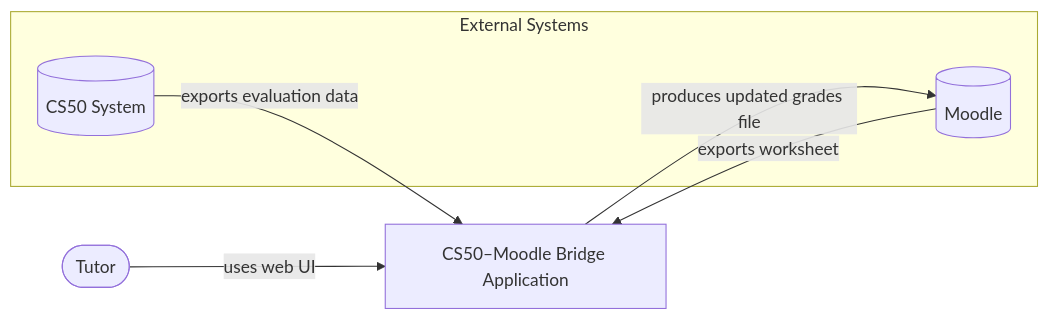
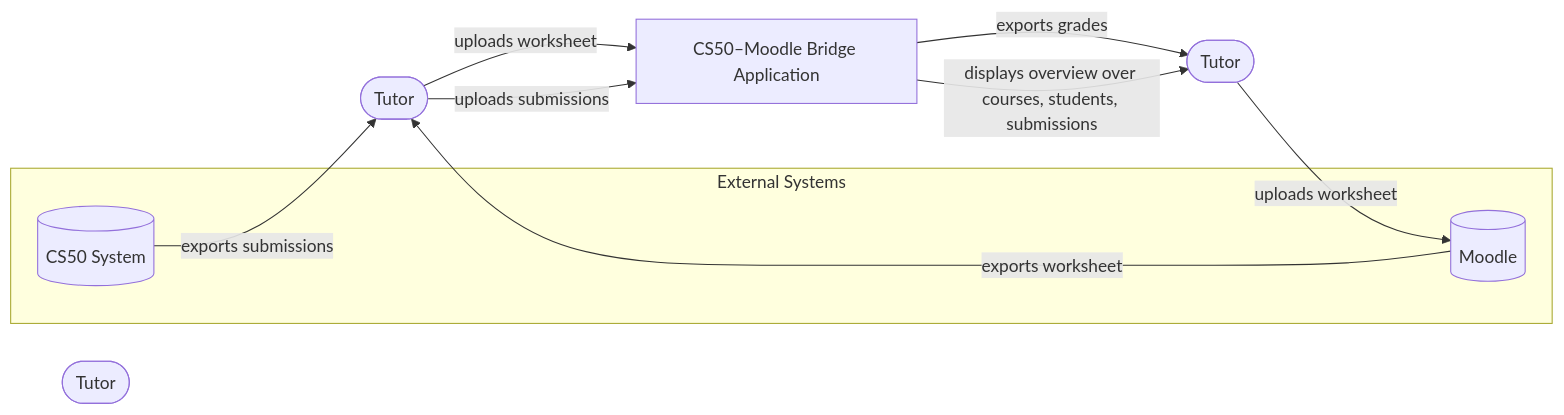
Before and after one commit to LeoKle/cs50-moodle-bridge: the first of 2 diagrams in docs/arc42/03_context_and_scope.adoc, drawn with Mermaid. The commit also changed other lines of this file and 5 other files, not shown here.

Commit message:
docs(arc42): update architecture documentation

```diff
--- a/docs/arc42/03_context_and_scope.adoc
+++ b/docs/arc42/03_context_and_scope.adoc
@@ -63,17 +60,28 @@
 [mermaid]
 ....
 flowchart LR
-    Tutor([Tutor])
+    TutorA([Tutor])
+    TutorB([Tutor])
+    TutorC([Tutor])
 
     subgraph External Systems
         Moodle[(Moodle)]
         CS50[(CS50 System)]
     end
 
     BridgeApp[CS50–Moodle Bridge Application]
 
-    Tutor -->|"uses web UI"| BridgeApp
-    Moodle -->|"exports worksheet"| BridgeApp
-    CS50 -->|"exports evaluation data"| BridgeApp
-    BridgeApp -->|"produces updated grades file"| Moodle
+    %% Moodle
+    Moodle -->|"exports worksheet"| TutorA
+    TutorA -->|"uploads worksheet"| BridgeApp
+
+    BridgeApp -->|"exports grades"| TutorC
+    TutorC -->|"uploads worksheet"| Moodle
+
+    %% CS50
+    CS50 -->|"exports submissions"| TutorA
+    TutorA -->|"uploads submissions"| BridgeApp
+
+    %% User
+    BridgeApp -->|"displays overview over courses, students, submissions"| TutorC
 ....
```
